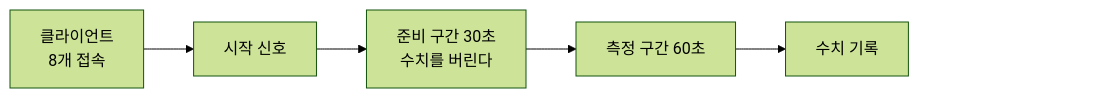
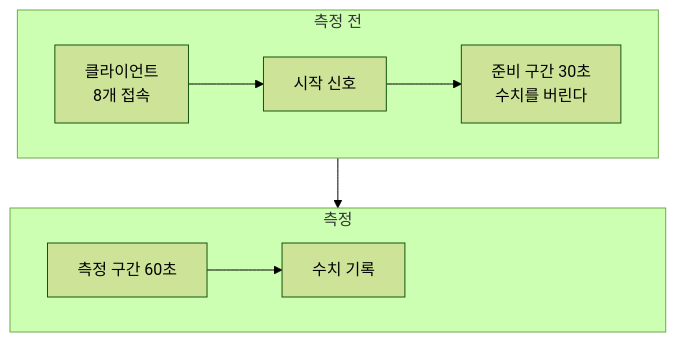
One commit to hon454/ue-dedicated-server-optimization-lab changed the diagram in Posts/00-testbed/README.md. Above: the diagram before and after it, drawn with Mermaid (forest theme). The commit also changed 3 other files, not shown here.

First line of the commit message:
docs(posts): split the testbed and baseline flows into rows of at most three nodes

````diff
--- a/Posts/00-testbed/README.md
+++ b/Posts/00-testbed/README.md
@@ -54,10 +54,16 @@
 ```mermaid
-flowchart LR
-    A["클라이언트<br/>8개 접속"] --> B["시작 신호"]
-    B --> C["준비 구간 30초<br/>수치를 버린다"]
-    C --> D["측정 구간 60초"]
-    D --> E["수치 기록"]
-    E ~~~ Pad["여백여백여백"]
+flowchart TB
+    subgraph Before["측정 전"]
+        direction LR
+        A["클라이언트<br/>8개 접속"] --> B["시작 신호"]
+        B --> C["준비 구간 30초<br/>수치를 버린다"]
+    end
+    subgraph Measure["측정"]
+        direction LR
+        D["측정 구간 60초"] --> E["수치 기록"]
+        E ~~~ Pad["여백여백여백"]
+    end
+    Before --> Measure
     classDef pad fill:none,stroke:none,color:transparent
     class Pad pad
 ```
````
